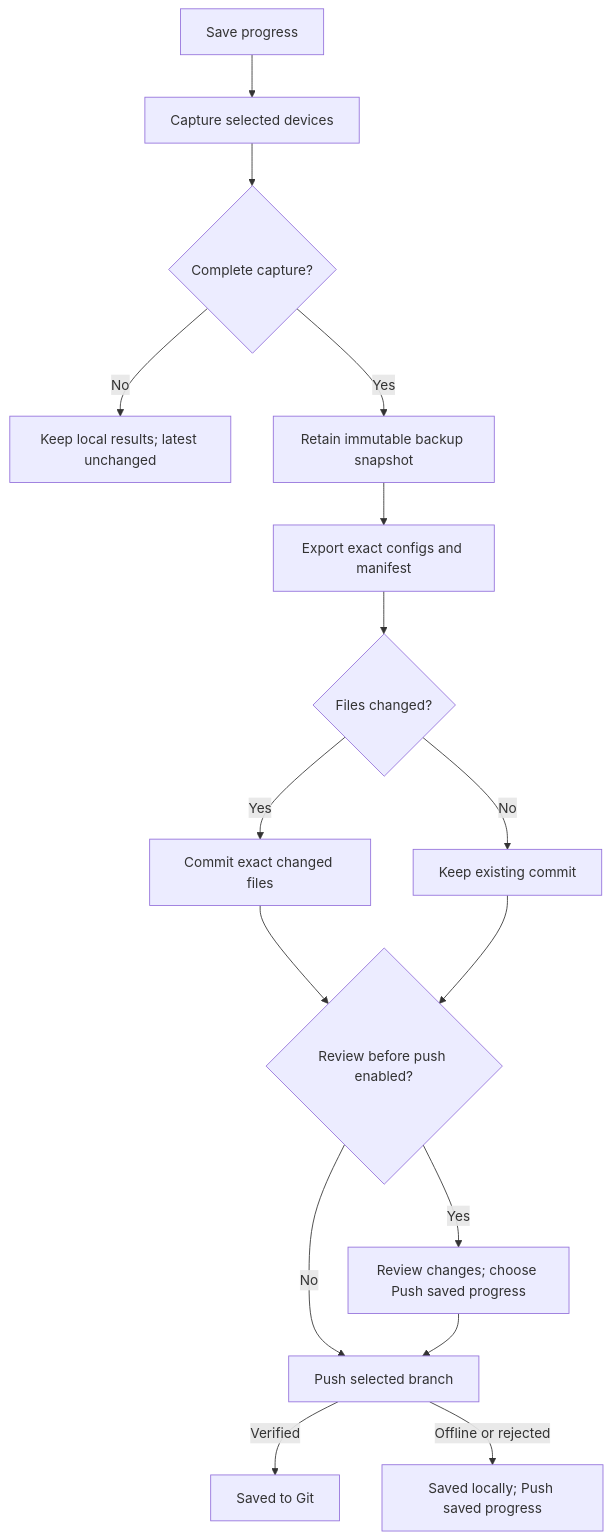
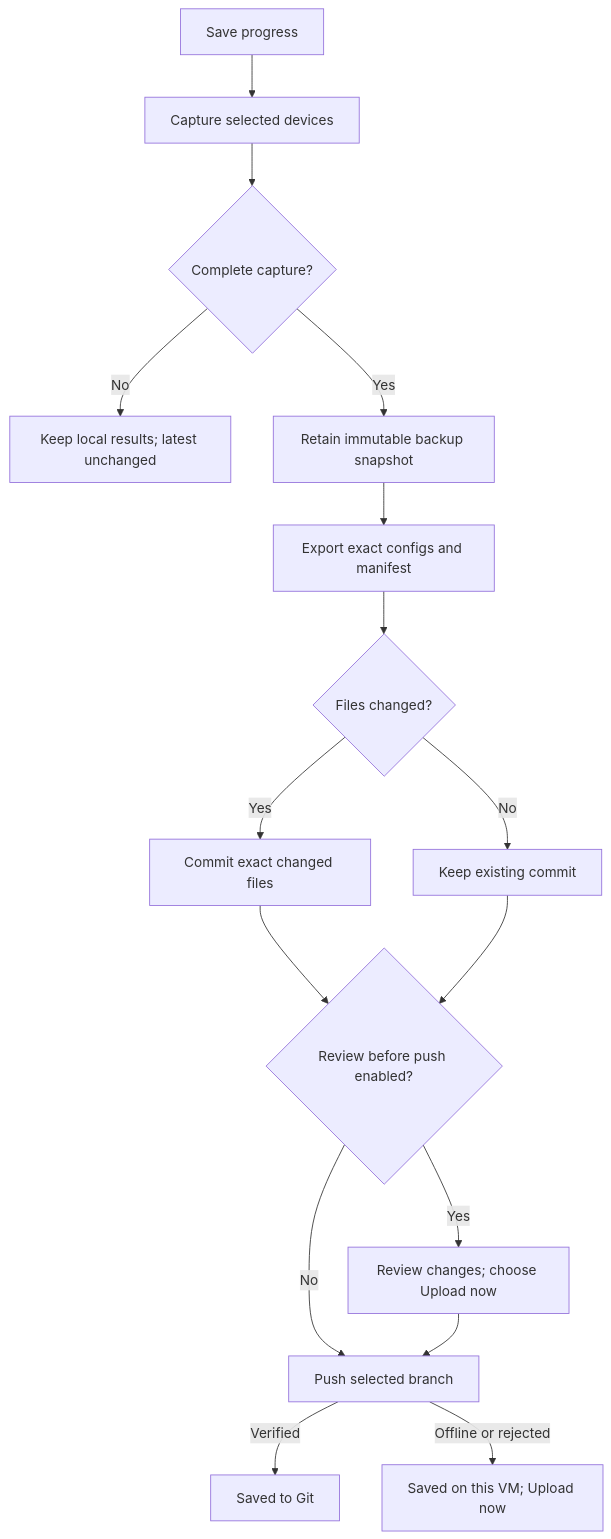
Before and after one commit to ArchRuger/CLAB-BACKUP-WORKER-v2: the second of 2 diagrams in docs/WIKI-MASTER-GUIDE.md, drawn with Mermaid. The commit also changed other lines of this file and 93 other files, not shown here.

````diff
--- a/docs/WIKI-MASTER-GUIDE.md
+++ b/docs/WIKI-MASTER-GUIDE.md
@@ -1763,18 +1794,18 @@
 ```mermaid
 flowchart TD
     A[Save progress] --> B[Capture selected devices]
     B --> C{Complete capture?}
     C -- No --> D[Keep local results; latest unchanged]
     C -- Yes --> E[Retain immutable backup snapshot]
     E --> F[Export exact configs and manifest]
     F --> G{Files changed?}
     G -- Yes --> K[Commit exact changed files]
     G -- No --> L[Keep existing commit]
     K --> R{Review before push enabled?}
     L --> R
-    R -- Yes --> S[Review changes; choose Push saved progress]
+    R -- Yes --> S[Review changes; choose Upload now]
     R -- No --> H[Push selected branch]
     S --> H
     H -- Verified --> I[Saved to Git]
-    H -- Offline or rejected --> J[Saved locally; Push saved progress]
+    H -- Offline or rejected --> J[Saved on this VM; Upload now]
 ```
````
